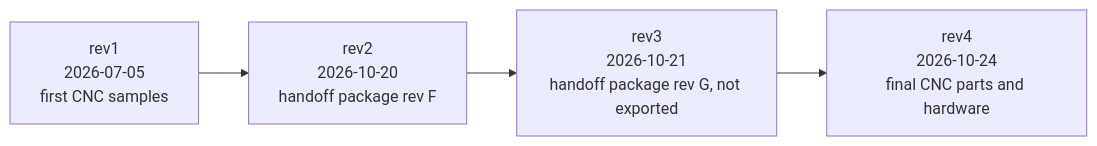
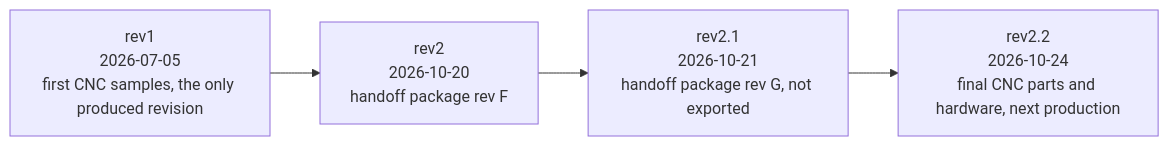
Before and after one commit to OpenDrone-hw/OpenFrame-3F: the first of 2 diagrams in README.md, drawn with Mermaid. The commit also changed other lines of this file and 22 other files, not shown here.

Commit message:
rev: name the final release rev2.2 (rev1 is the only produced revision; rev2.x is the next production)

````diff
--- a/README.md
+++ b/README.md
@@ -36,7 +36,7 @@
 ```mermaid
 flowchart LR
-  R0["rev1<br/>2026-07-05<br/>first CNC samples"] --> R1
+  R0["rev1<br/>2026-07-05<br/>first CNC samples, the only produced revision"] --> R1
   R1["rev2<br/>2026-10-20<br/>handoff package rev F"] --> R2
-  R2["rev3<br/>2026-10-21<br/>handoff package rev G, not exported"] --> R3
-  R3["rev4<br/>2026-10-24<br/>final CNC parts and hardware"]
+  R2["rev2.1<br/>2026-10-21<br/>handoff package rev G, not exported"] --> R3
+  R3["rev2.2<br/>2026-10-24<br/>final CNC parts and hardware, next production"]
 ```
````
